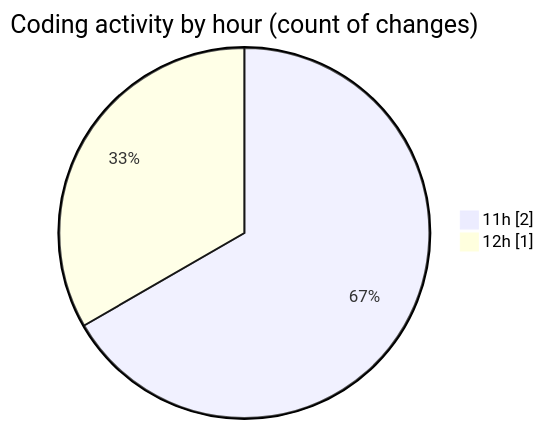
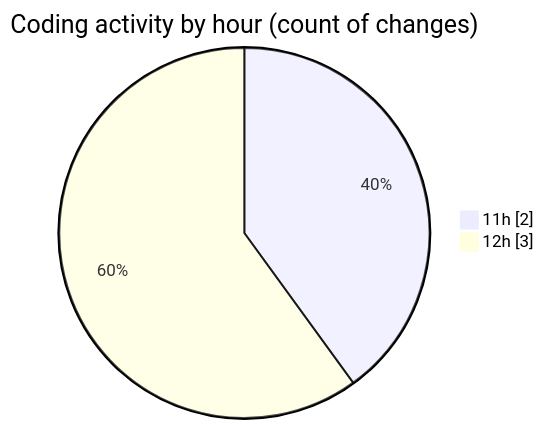
Before and after one commit to nxtqubesakshisongat/code-tracking: the second of 2 diagrams in 2026-01-30/nxtqube_webapp/README.md, drawn with Mermaid. The commit also changed other lines of this file and 1 other file, not shown here.

````diff
--- a/2026-01-30/nxtqube_webapp/README.md
+++ b/2026-01-30/nxtqube_webapp/README.md
@@ -28,6 +29,6 @@
 ```mermaid
 pie showData
 title Coding activity by hour (count of changes)
 "11h" : 2
-"12h" : 1
+"12h" : 3
 ```
````
